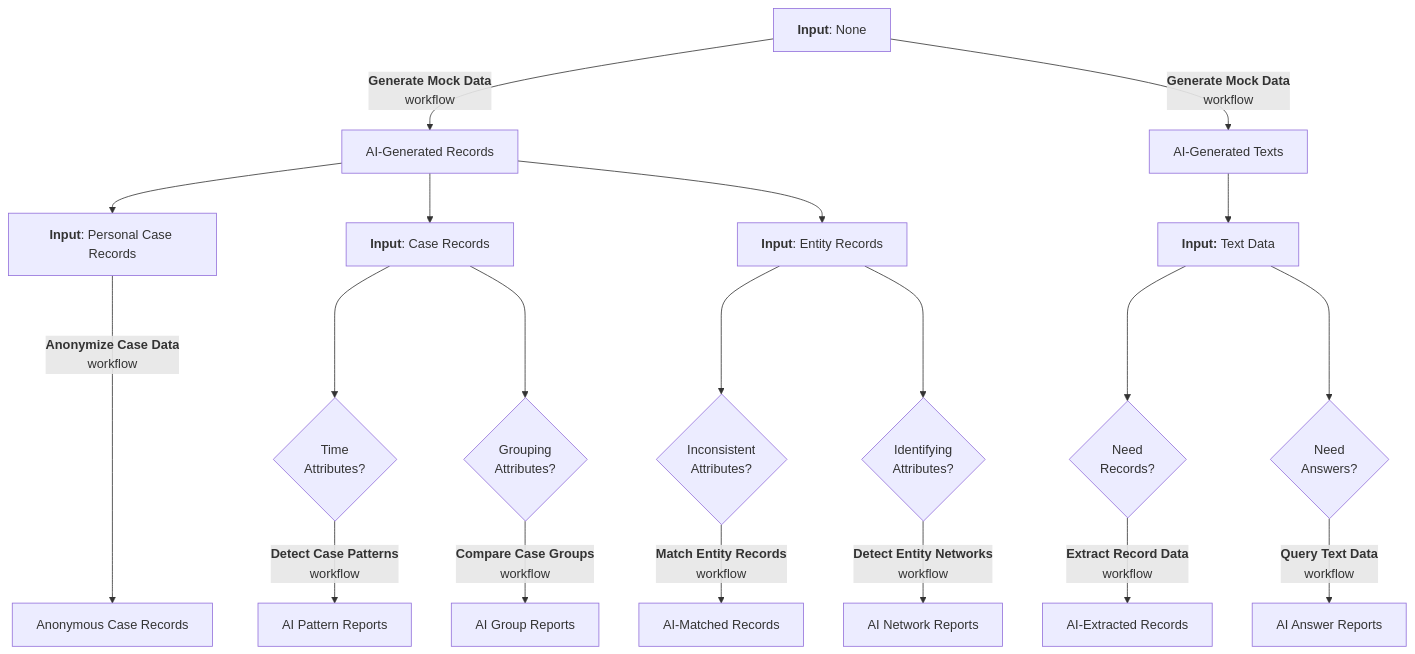
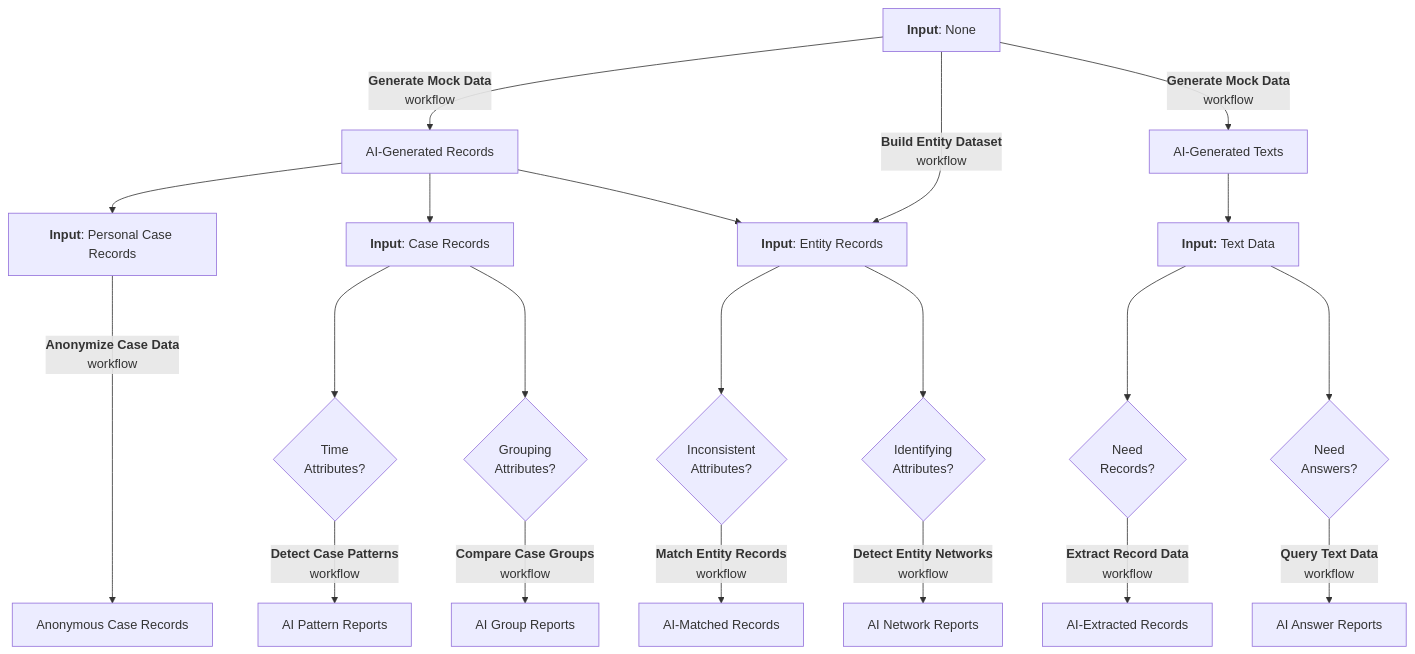
Before and after one commit to microsoft/intelligence-toolkit: the diagram in README.md, drawn with Mermaid. The commit also changed other lines of this file and 55 other files, not shown here.

First line of the commit message:
Build Entity Dataset workflow with schemify taxonomies, audits and release packages (#126)

````diff
--- a/README.md
+++ b/README.md
@@ -60,20 +61,21 @@
 ```mermaid
 %%{init: {
   "flowchart": {"htmlLabels": true}} }%%
 flowchart TD
     NoData["<b>Input</b>: None"] --> |"<b>Generate Mock Data</b><br/>workflow"| MockData["AI-Generated Records"]
     NoData["<b>Input</b>: None"] --> |"<b>Generate Mock Data</b><br/>workflow"| MockText["AI-Generated Texts"]
     MockText["AI-Generated Texts"] -->  TextDocs["<b>Input:</b> Text Data"]
     MockData["AI-Generated Records"] --> PersonalData["<b>Input</b>: Personal Case Records"]
     MockData["AI-Generated Records"] --> CaseRecords["<b>Input</b>: Case Records"]
     MockData["AI-Generated Records"] --> EntityData["<b>Input</b>: Entity Records"]
     PersonalData["<b>Input</b>: Personal Case Records"] ----> |"<b>Anonymize Case Data</b><br/>workflow"| AnonData["Anonymous Case Records"]
     CaseRecords["<b>Input</b>: Case Records"] ---> HasTime{"Time<br/>Attributes?"}
     HasTime{"Time<br/>Attributes?"} --> |"<b>Detect Case Patterns</b><br/>workflow"| CasePatterns["AI Pattern Reports"]
     CaseRecords["<b>Input</b>: Case Records"] ---> HasGroups{"Grouping<br/>Attributes?"}
     HasGroups{"Grouping<br/>Attributes?"} --> |"<b>Compare Case Groups</b><br/>workflow"| MatchedEntities["AI Group Reports"]
     EntityData["<b>Input</b>: Entity Records"] ---> HasInconsistencies{"Inconsistent<br/>Attributes?"} --> |"<b>Match Entity Records</b><br/>workflow"| RecordLinking["AI-Matched Records"]
     EntityData["<b>Input</b>: Entity Records"] ---> HasIdentifiers{"Identifying<br/>Attributes?"} --> |"<b>Detect Entity Networks</b><br/>workflow"| NetworkAnalysis["AI Network Reports"]
+    NoData["<b>Input</b>: None"] --> |"<b>Build Entity Dataset</b><br/>workflow"| EntityData["<b>Input</b>: Entity Records"]
     TextDocs["<b>Input:</b> Text Data"] ---> NeedRecords{"Need<br/>Records?"} --> |"<b>Extract Record Data</b><br/>workflow"| ExtractedRecords["AI-Extracted Records"]
     TextDocs["<b>Input:</b> Text Data"] ---> NeedAnswers{"Need<br/>Answers?"} --> |"<b>Query Text Data</b><br/>workflow"| AnswerReports["AI Answer Reports"]
 ```
````
